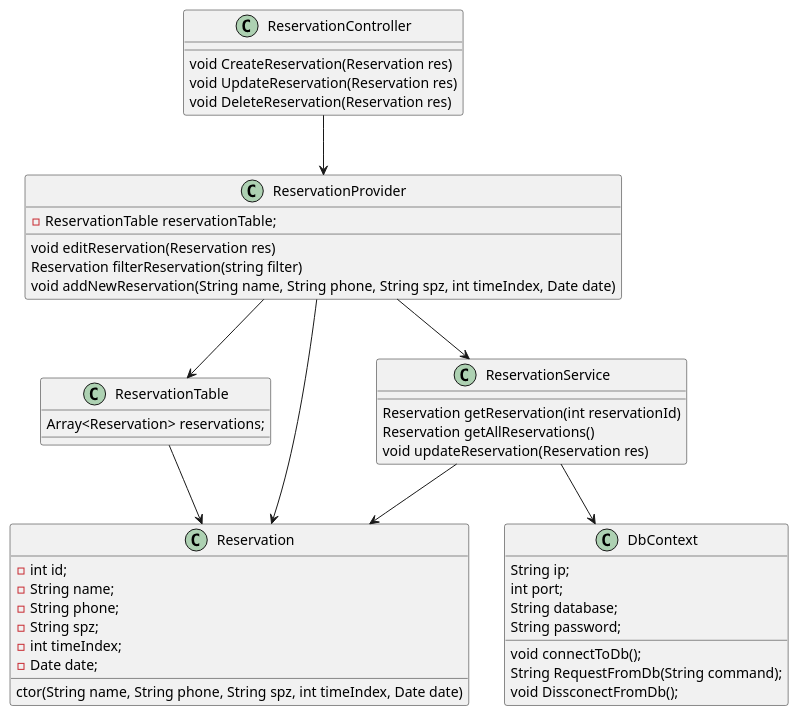
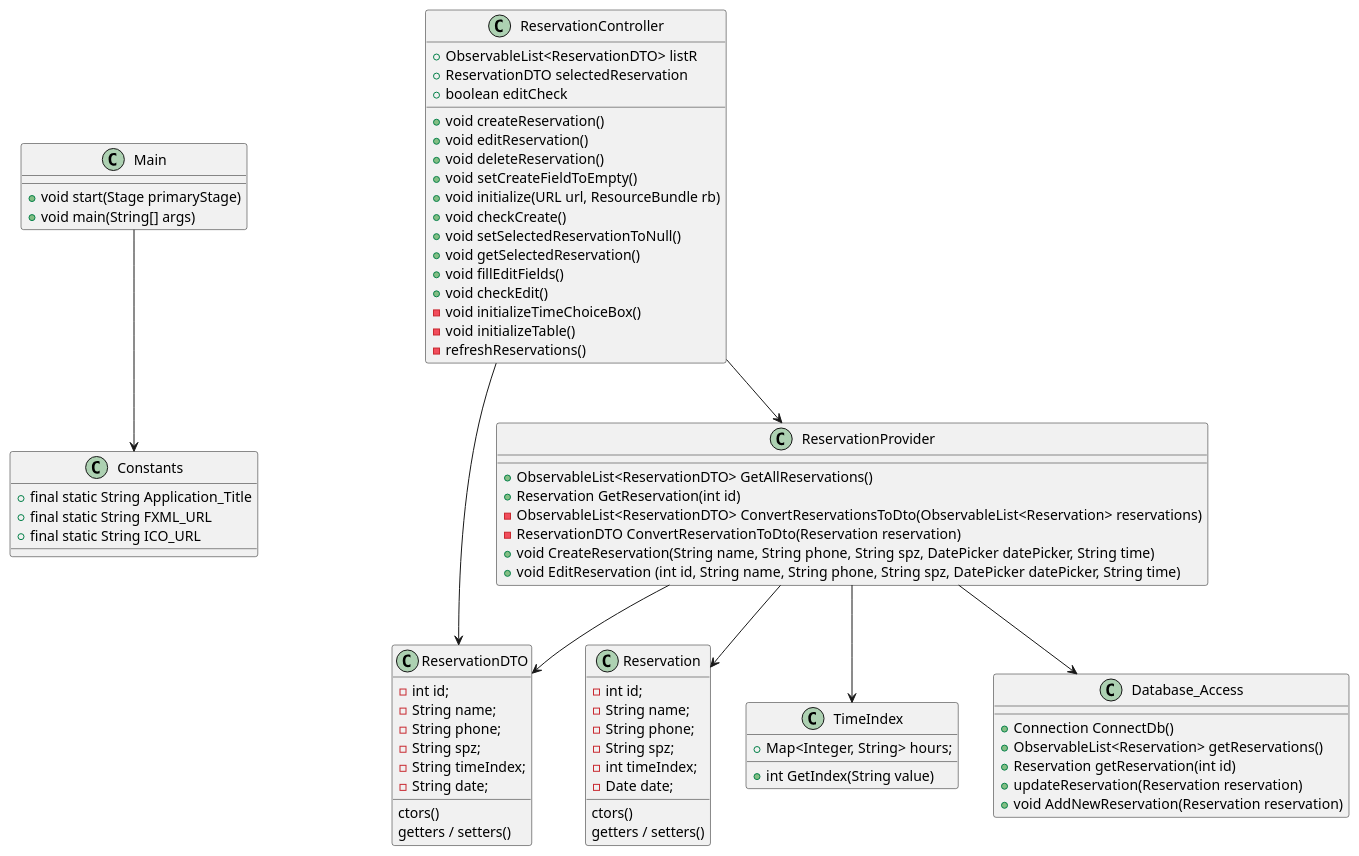
Before and after one commit to heggy98/swinzrepository: the diagram in CSAA/src/sample/Class Diagram.puml, drawn with PlantUML. The commit also changed 1 other file, not shown here.

Commit message:
class diagram updated, ignored test added

```diff
--- a/CSAA/src/sample/Class Diagram.puml
+++ b/CSAA/src/sample/Class Diagram.puml
@@ -1,60 +1,92 @@
 @startuml
 'https://plantuml.com/class-diagram
 
-class ReservationController {
-void CreateReservation(Reservation res)
-void UpdateReservation(Reservation res)
-void DeleteReservation(Reservation res)
+Main --> Constants
+ReservationController --> ReservationProvider
+ReservationController --> ReservationDTO
+ReservationProvider --> Reservation
+ReservationProvider --> ReservationDTO
+ReservationProvider --> TimeIndex
+ReservationProvider --> Database_Access
+
+class Main{
++ void start(Stage primaryStage)
++ void main(String[] args)
 }
 
-ReservationProvider --> ReservationTable
-ReservationController --> ReservationProvider
-ReservationProvider --> ReservationService
-ReservationProvider --> Reservation
-ReservationService --> Reservation
-ReservationTable --> Reservation
+class ReservationController {
++ ObservableList<ReservationDTO> listR
++ ReservationDTO selectedReservation
++ boolean editCheck
++ void createReservation()
++ void editReservation()
++ void deleteReservation()
++ void setCreateFieldToEmpty()
++ void initialize(URL url, ResourceBundle rb)
++ void checkCreate()
++ void setSelectedReservationToNull()
++ void getSelectedReservation()
++ void fillEditFields()
++ void checkEdit()
+- void initializeTimeChoiceBox()
+- void initializeTable()
+- refreshReservations()
+}
+
+class Constants{
++ final static String Application_Title
++ final static String FXML_URL
++ final static String ICO_URL
+}
+
+class ReservationDTO {
+- int id;
+- String name;
+- String phone;
+- String spz;
+- String timeIndex;
+- String date;
+
+ctors()
+getters / setters()
+}
 
 class Reservation {
 - int id;
 - String name;
 - String phone;
 - String spz;
 - int timeIndex;
 - Date date;
 
-ctor(String name, String phone, String spz, int timeIndex, Date date)
-}
-
-class ReservationTable {
-Array<Reservation> reservations;
-}
-
-ReservationService --> DbContext
-
-class DbContext {
-String ip;
-int port;
-String database;
-String password;
-void connectToDb();
-String RequestFromDb(String command);
-void DissconectFromDb();
+ctors()
+getters / setters()
 }
 
 class ReservationProvider{
-- ReservationTable reservationTable;
-void editReservation(Reservation res)
-Reservation filterReservation(string filter)
-void addNewReservation(String name, String phone, String spz, int timeIndex, Date date)
++ ObservableList<ReservationDTO> GetAllReservations()
++ Reservation GetReservation(int id)
+- ObservableList<ReservationDTO> ConvertReservationsToDto(ObservableList<Reservation> reservations)
+- ReservationDTO ConvertReservationToDto(Reservation reservation)
++ void CreateReservation(String name, String phone, String spz, DatePicker datePicker, String time)
++ void EditReservation (int id, String name, String phone, String spz, DatePicker datePicker, String time)
 }
 
-class ReservationService{
-Reservation getReservation(int reservationId)
-Reservation getAllReservations()
-void updateReservation(Reservation res)
+
+class TimeIndex{
++ Map<Integer, String> hours;
++ int GetIndex(String value)
+}
+
+class Database_Access{
++ Connection ConnectDb()
++ ObservableList<Reservation> getReservations()
++ Reservation getReservation(int id)
++ updateReservation(Reservation reservation)
++ void AddNewReservation(Reservation reservation)
 }
 
 
 
 
 @enduml
```
